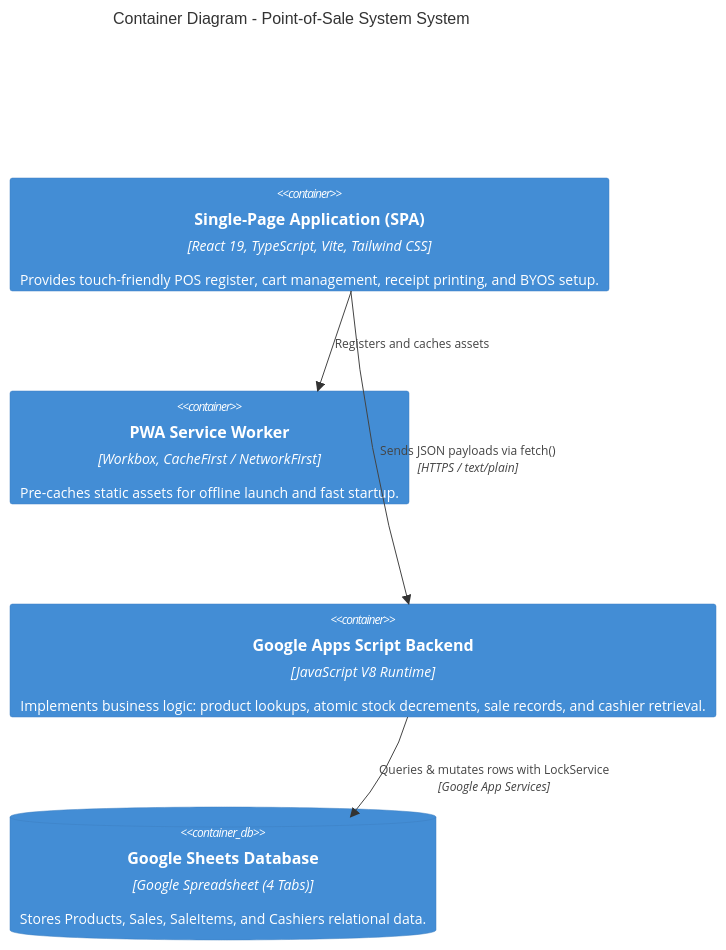
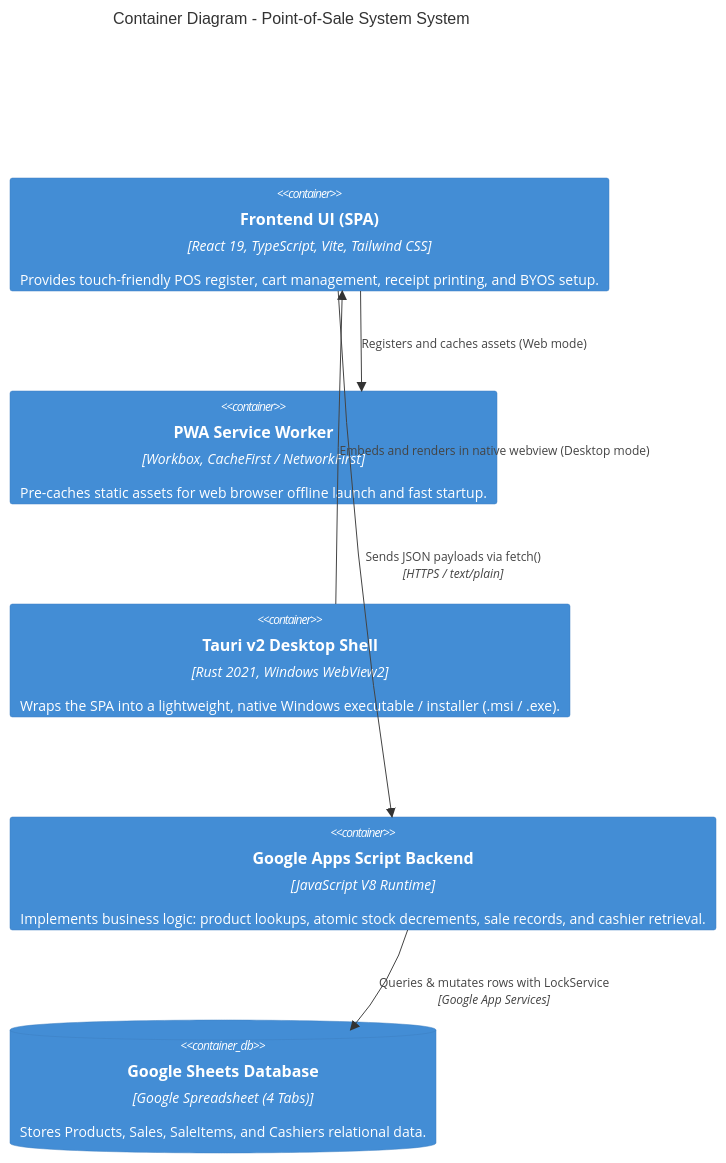
The second of 3 diagrams in docs/architecture.md (carlodandan/pos-system), drawn with Mermaid before and after one commit. The commit also changed 30 other files, not shown here.

First line of the commit message:
feat(desktop): add Tauri v2 build support while preserving web and PWA compatibility

````diff
--- a/docs/architecture.md
+++ b/docs/architecture.md
@@ -44,13 +44,15 @@
 ```mermaid
 C4Container
     title Container Diagram -  Point-of-Sale System System
 
-    Container(spa, "Single-Page Application (SPA)", "React 19, TypeScript, Vite, Tailwind CSS", "Provides touch-friendly POS register, cart management, receipt printing, and BYOS setup.")
-    Container(pwa_sw, "PWA Service Worker", "Workbox, CacheFirst / NetworkFirst", "Pre-caches static assets for offline launch and fast startup.")
+    Container(spa, "Frontend UI (SPA)", "React 19, TypeScript, Vite, Tailwind CSS", "Provides touch-friendly POS register, cart management, receipt printing, and BYOS setup.")
+    Container(pwa_sw, "PWA Service Worker", "Workbox, CacheFirst / NetworkFirst", "Pre-caches static assets for web browser offline launch and fast startup.")
+    Container(tauri_desktop, "Tauri v2 Desktop Shell", "Rust 2021, Windows WebView2", "Wraps the SPA into a lightweight, native Windows executable / installer (.msi / .exe).")
     Container(gas_api, "Google Apps Script Backend", "JavaScript V8 Runtime", "Implements business logic: product lookups, atomic stock decrements, sale records, and cashier retrieval.")
     ContainerDb(gsheets, "Google Sheets Database", "Google Spreadsheet (4 Tabs)", "Stores Products, Sales, SaleItems, and Cashiers relational data.")
 
-    Rel(spa, pwa_sw, "Registers and caches assets")
+    Rel(spa, pwa_sw, "Registers and caches assets (Web mode)")
+    Rel(tauri_desktop, spa, "Embeds and renders in native webview (Desktop mode)")
     Rel(spa, gas_api, "Sends JSON payloads via fetch()", "HTTPS / text/plain")
     Rel(gas_api, gsheets, "Queries & mutates rows with LockService", "Google App Services")
 ```
````
